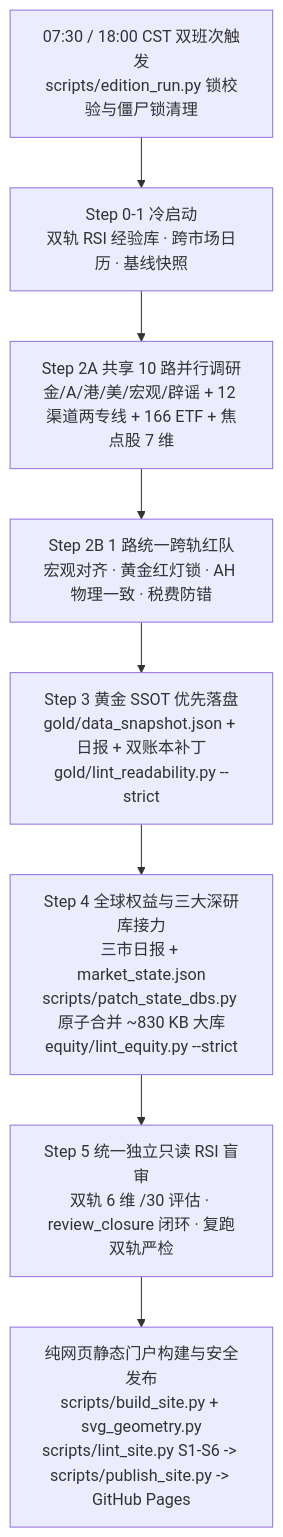
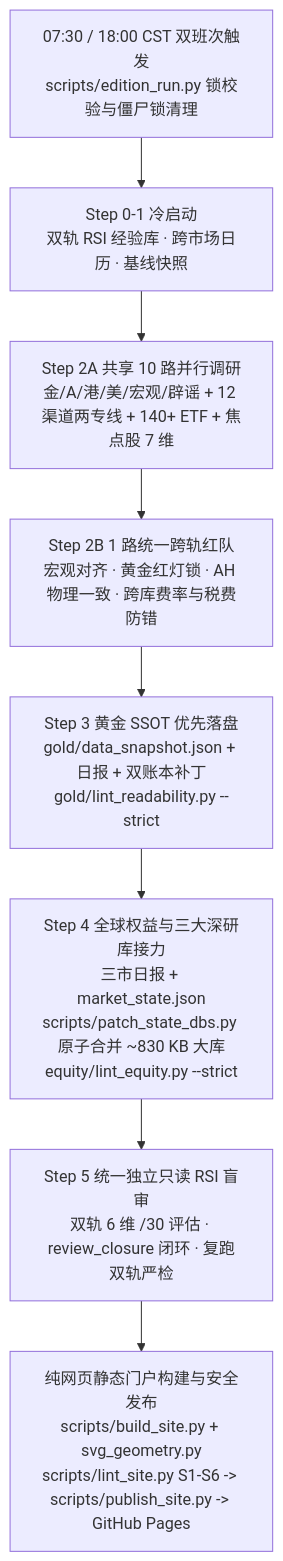
One commit to nanless/global-investment-research changed the diagram in README.md. Above: the diagram before and after it, drawn with Mermaid. The commit also changed other lines of this file and 42 other files, not shown here.

````diff
--- a/README.md
+++ b/README.md
@@ -75,10 +75,10 @@
 ```mermaid
 flowchart TD
     A["07:30 / 18:00 CST 双班次触发\nscripts/edition_run.py 锁校验与僵尸锁清理"] --> B["Step 0-1 冷启动\n双轨 RSI 经验库 · 跨市场日历 · 基线快照"]
-    B --> C["Step 2A 共享 10 路并行调研\n金/A/港/美/宏观/辟谣 + 12 渠道两专线 + 166 ETF + 焦点股 7 维"]
-    C --> D["Step 2B 1 路统一跨轨红队\n宏观对齐 · 黄金红灯锁 · AH 物理一致 · 税费防错"]
+    B --> C["Step 2A 共享 10 路并行调研\n金/A/港/美/宏观/辟谣 + 12 渠道两专线 + 140+ ETF + 焦点股 7 维"]
+    C --> D["Step 2B 1 路统一跨轨红队\n宏观对齐 · 黄金红灯锁 · AH 物理一致 · 跨库费率与税费防错"]
     D --> E["Step 3 黄金 SSOT 优先落盘\ngold/data_snapshot.json + 日报 + 双账本补丁\ngold/lint_readability.py --strict"]
     E --> F["Step 4 全球权益与三大深研库接力\n三市日报 + market_state.json\nscripts/patch_state_dbs.py 原子合并 ~830 KB 大库\nequity/lint_equity.py --strict"]
     F --> G["Step 5 统一独立只读 RSI 盲审\n双轨 6 维 /30 评估 · review_closure 闭环 · 复跑双轨严检"]
     G --> H["纯网页静态门户构建与安全发布\nscripts/build_site.py + svg_geometry.py\nscripts/lint_site.py S1-S6 -> scripts/publish_site.py -> GitHub Pages"]
 ```
````
